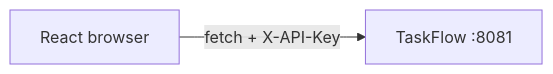
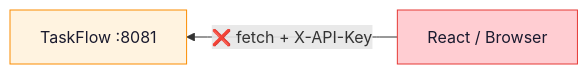
The fourth of 6 diagrams in docs/architecture.md (mortenaho/WorkFlowEngine), drawn with Mermaid before and after one commit. The commit also changed other lines of this file and 1 other file, not shown here.

First line of the commit message:
Update architecture documentation with improved Mermaid diagrams and add Mermaid configuration for enhanced styling

````diff
--- a/docs/architecture.md
+++ b/docs/architecture.md
@@ -274,6 +281,9 @@
 ```mermaid
-flowchart LR
-  react[React browser]
-  engine[TaskFlow :8081]
-  react -->|"fetch + X-API-Key"| engine
+flowchart RL
+  react["React / Browser"]
+  engine["TaskFlow :8081"]
+  react -->|"❌ fetch + X-API-Key"| engine
+
+  style react fill:#ffcdd2,stroke:#e53935,color:#1a1a2e
+  style engine fill:#fff3e0,stroke:#fb8c00,color:#1a1a2e
 ```
````
